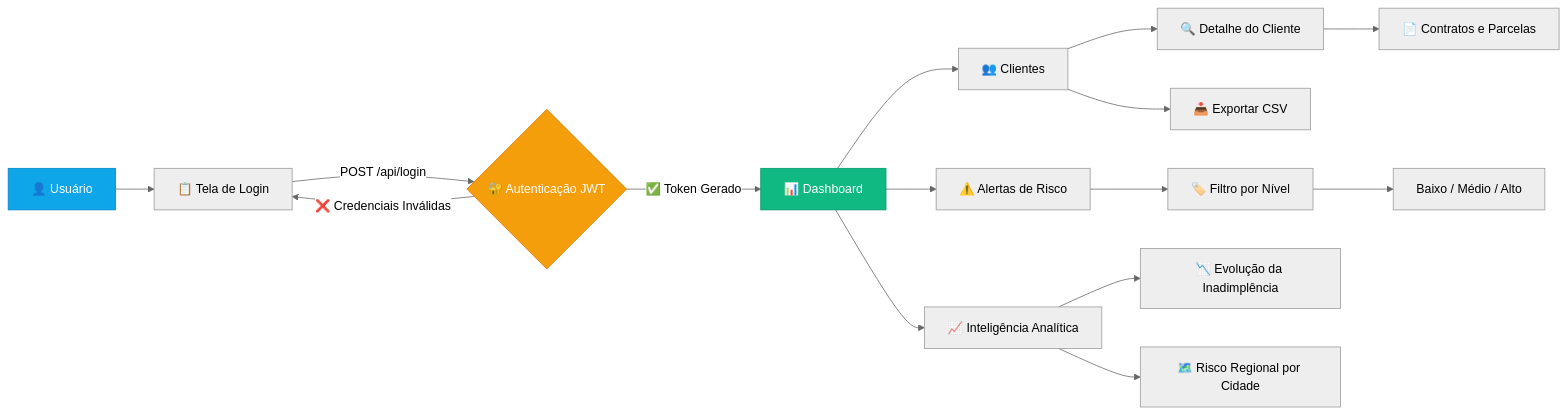
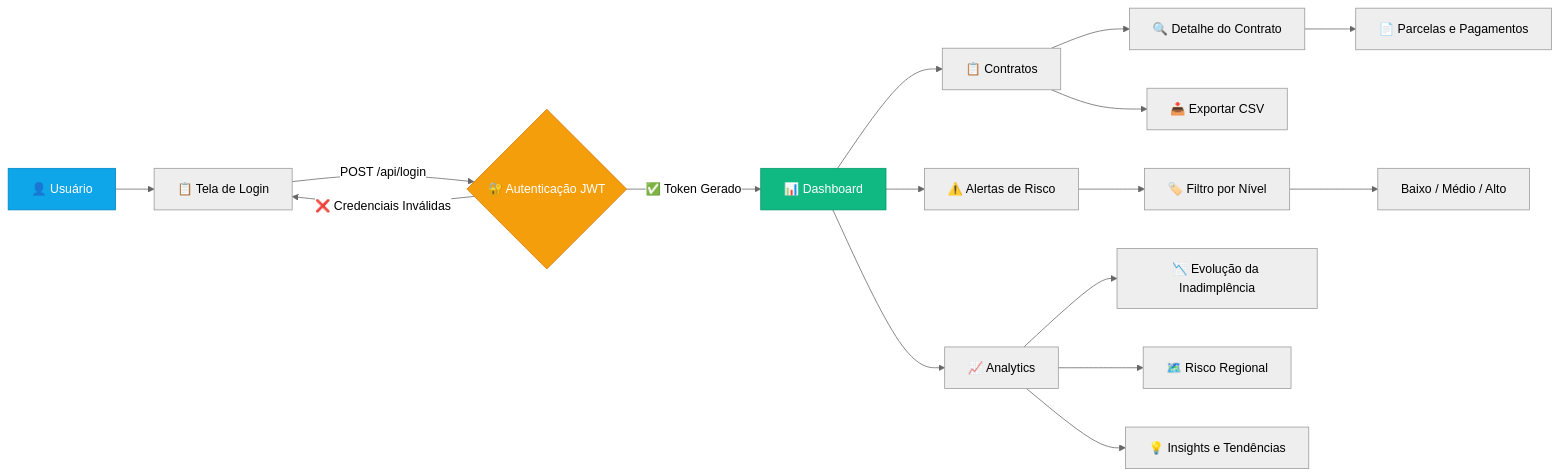
One commit to juanalenca/creditguard changed the second of 7 diagrams in docs/arquitetura.md. Above: the diagram before and after it, drawn with Mermaid (neutral theme). The commit also changed other lines of this file and 35 other files, not shown here.

````diff
--- a/docs/arquitetura.md
+++ b/docs/arquitetura.md
@@ -97,25 +100,26 @@
 ```mermaid
 flowchart LR
     A["👤 Usuário"] --> B["📋 Tela de Login"]
     B -- "POST /api/login" --> C{"🔐 Autenticação JWT"}
     C -- "❌ Credenciais Inválidas" --> B
     C -- "✅ Token Gerado" --> D["📊 Dashboard"]
 
-    D --> E["👥 Clientes"]
+    D --> E["📋 Contratos"]
     D --> F["⚠️ Alertas de Risco"]
-    D --> G["📈 Inteligência Analítica"]
+    D --> G["📈 Analytics"]
 
-    E --> H["🔍 Detalhe do Cliente"]
-    H --> I["📄 Contratos e Parcelas"]
+    E --> H["🔍 Detalhe do Contrato"]
+    H --> I["📄 Parcelas e Pagamentos"]
     E --> J["📥 Exportar CSV"]
 
     F --> K["🏷️ Filtro por Nível"]
     K --> L["Baixo / Médio / Alto"]
 
     G --> M["📉 Evolução da Inadimplência"]
-    G --> N["🗺️ Risco Regional por Cidade"]
+    G --> N["🗺️ Risco Regional"]
+    G --> O["💡 Insights e Tendências"]
 
     style A fill:#0ea5e9,stroke:#0284c7,color:#fff
     style C fill:#f59e0b,stroke:#d97706,color:#fff
     style D fill:#10b981,stroke:#059669,color:#fff
 ```
````
